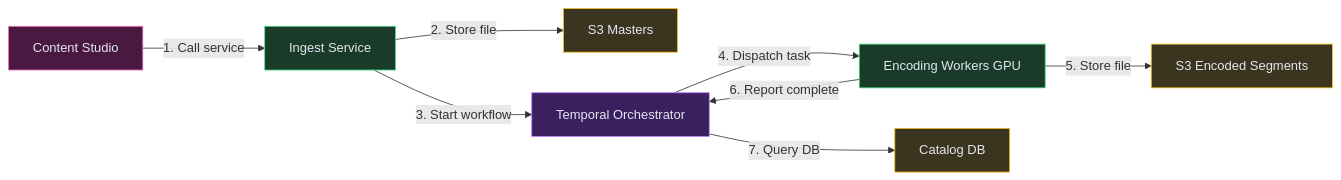
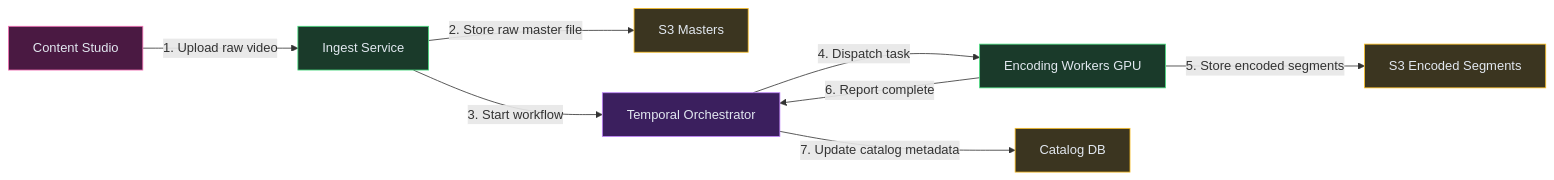
One commit to iluzn/HLD-Designs changed the second of 10 diagrams in content/hld/Netflix.md. Above: the diagram before and after it, drawn with Mermaid. The commit also changed other lines of this file and 27 other files, not shown here.

````diff
--- a/content/hld/Netflix.md
+++ b/content/hld/Netflix.md
@@ -195,25 +195,25 @@
 ```mermaid
 flowchart LR
     Studio["Content Studio"]:::external
     IS["Ingest Service"]:::service
     S3M["S3 Masters"]:::data
     ORCH["Temporal Orchestrator"]:::async
     EW["Encoding Workers GPU"]:::service
     S3E["S3 Encoded Segments"]:::data
     CAT["Catalog DB"]:::data
 
-    Studio -->|"1. Call service"| IS
-    IS -->|"2. Store file"| S3M
+    Studio -->|"1. Upload raw video"| IS
+    IS -->|"2. Store raw master file"| S3M
     IS -->|"3. Start workflow"| ORCH
     ORCH -->|"4. Dispatch task"| EW
-    EW -->|"5. Store file"| S3E
+    EW -->|"5. Store encoded segments"| S3E
     EW -->|"6. Report complete"| ORCH
-    ORCH -->|"7. Query DB"| CAT
+    ORCH -->|"7. Update catalog metadata"| CAT
 
     classDef client fill:#4c3a5e,stroke:#818cf8,color:#e2e8f0
     classDef edge fill:#1e3a5f,stroke:#60a5fa,color:#e2e8f0
     classDef service fill:#1a3a2a,stroke:#4ade80,color:#e2e8f0
     classDef async fill:#3b1f5e,stroke:#c084fc,color:#e2e8f0
     classDef data fill:#3b3520,stroke:#fbbf24,color:#e2e8f0
     classDef external fill:#4a1942,stroke:#f472b6,color:#e2e8f0
 ```
````
